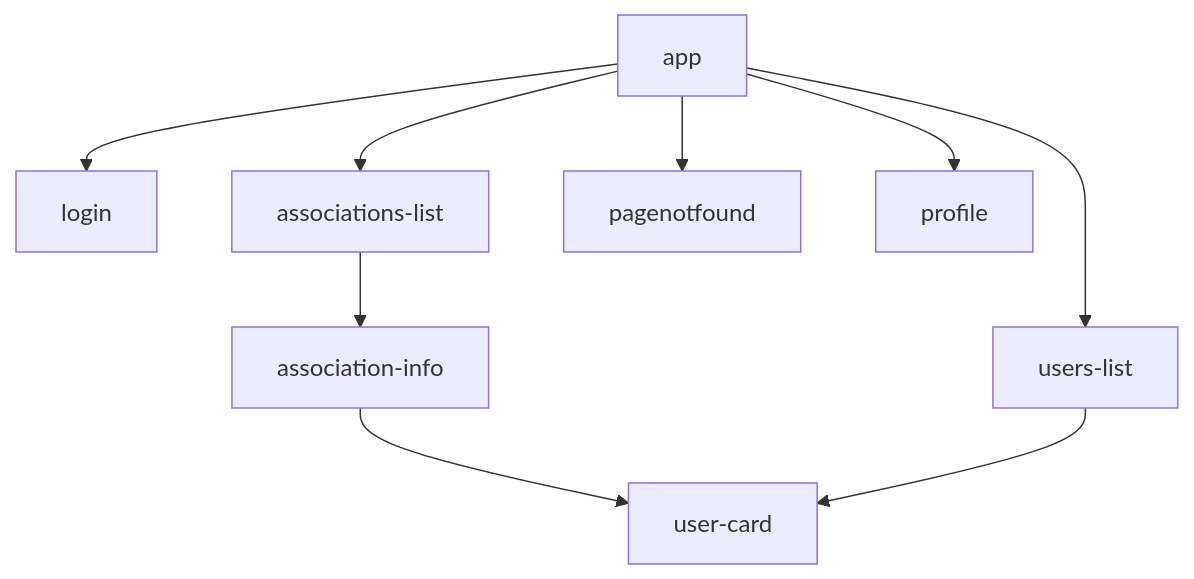
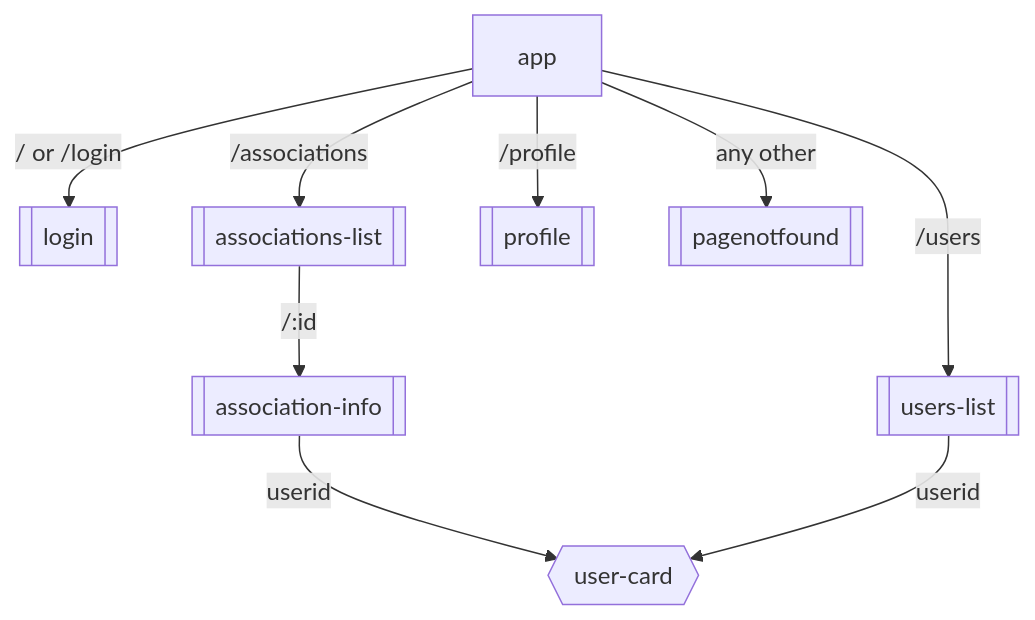
Before and after one commit to CodyAdam/my-admin-panel: the first of 2 diagrams in doc/front-end.md, drawn with Mermaid. The commit also changed other lines of this file, not shown here.

Commit message:
feat: add route and props to diagram

````diff
--- a/doc/front-end.md
+++ b/doc/front-end.md
@@ -2,12 +2,12 @@
 ```mermaid
 flowchart TD
-    app --> login
-    app --> associations-list
-    app --> users-list
-    app --> pagenotfound
-    app --> profile
+    app --> |/ or /login| login[[login]]
+    app --> |/associations| associations-list[[associations-list]]
+    app --> |/users| users-list[[users-list]]
+    app --> |/profile| profile[[profile]]
+    app --> |any other| pagenotfound[[pagenotfound]]
     
-    association-info --> user-card
-    associations-list --> association-info
-    users-list --> user-card
+    association-info[[association-info]] --> |userid| uc{{user-card}}
+    associations-list[[associations-list]] --> |/:id| association-info[[association-info]]
+    users-list[[users-list]] --> |userid| uc{{user-card}}
 ```
````
